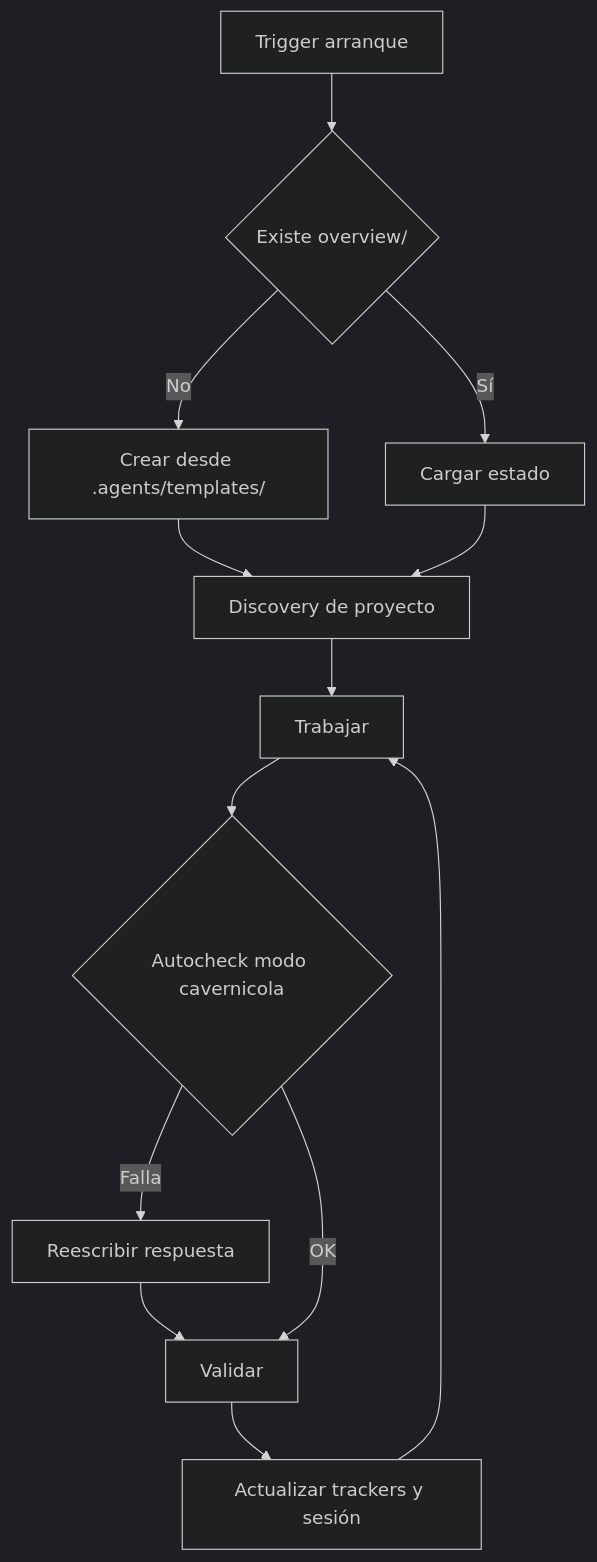
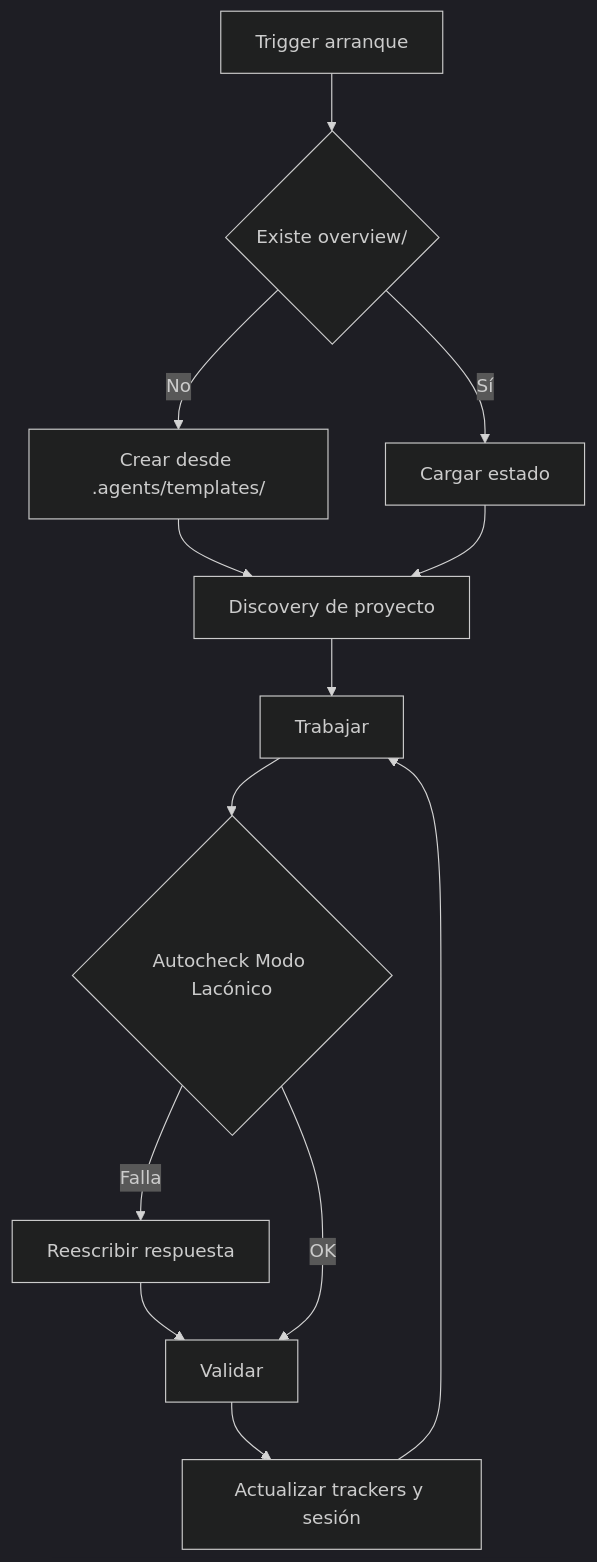
Before and after one commit to Agent-Rules-Ecosystem/agent-rules-ecosystem: the diagram in core/brain.md, drawn with Mermaid (dark theme). The commit also changed other lines of this file and 42 other files, not shown here.

````diff
--- a/core/brain.md
+++ b/core/brain.md
@@ -5,15 +5,15 @@
 ```mermaid
 graph TD
     A[Trigger arranque] --> B{Existe overview/}
     B -- No --> C[Crear desde .agents/templates/]
     B -- Sí --> D[Cargar estado]
     C --> E[Discovery de proyecto]
     D --> E
     E --> F[Trabajar]
-    F --> M{Autocheck modo cavernicola}
+    F --> M{Autocheck Modo Lacónico}
     M -- Falla --> R[Reescribir respuesta]
     R --> G[Validar]
     M -- OK --> G
     G --> H[Actualizar trackers y sesión]
     H --> F
 ```
````
